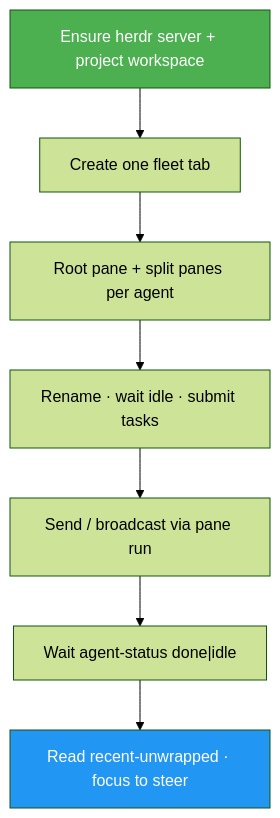
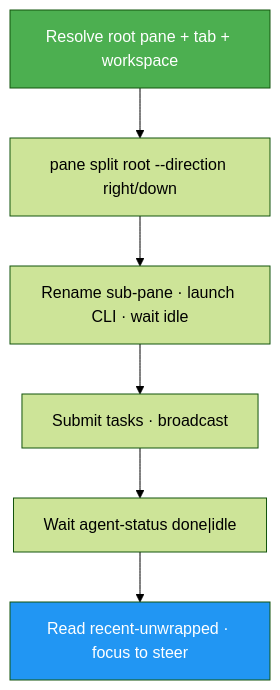
One commit to belinwu/luongnv89-skills changed the diagram in skills/herdr-agent-comms/docs/README.md. Above: the diagram before and after it, drawn with Mermaid (forest theme). The commit also changed other lines of this file and 3 other files, not shown here.

First line of the commit message:
feat(herdr-agent-comms): split sub-agents from the root pane

````diff
--- a/skills/herdr-agent-comms/docs/README.md
+++ b/skills/herdr-agent-comms/docs/README.md
@@ -32,11 +32,10 @@
 ```mermaid
 graph TD
-    A["Ensure herdr server + project workspace"] --> B["Create one fleet tab"]
-    B --> C["Root pane + split panes per agent"]
-    C --> D["Rename · wait idle · submit tasks"]
-    D --> E["Send / broadcast via pane run"]
-    E --> F["Wait agent-status done|idle"]
-    F --> G["Read recent-unwrapped · focus to steer"]
+    A["Resolve root pane + tab + workspace"] --> B["pane split root --direction right/down"]
+    B --> C["Rename sub-pane · launch CLI · wait idle"]
+    C --> D["Submit tasks · broadcast"]
+    D --> E["Wait agent-status done|idle"]
+    E --> F["Read recent-unwrapped · focus to steer"]
     style A fill:#4CAF50,color:#fff
-    style G fill:#2196F3,color:#fff
+    style F fill:#2196F3,color:#fff
 ```
````
